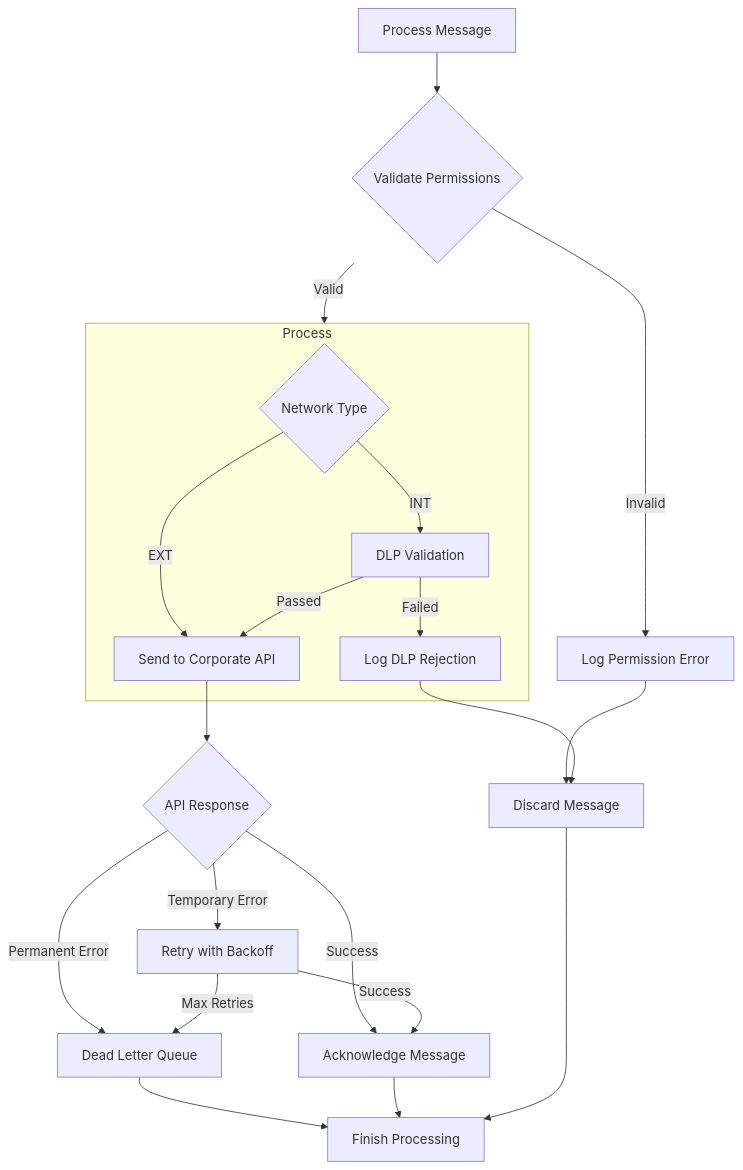
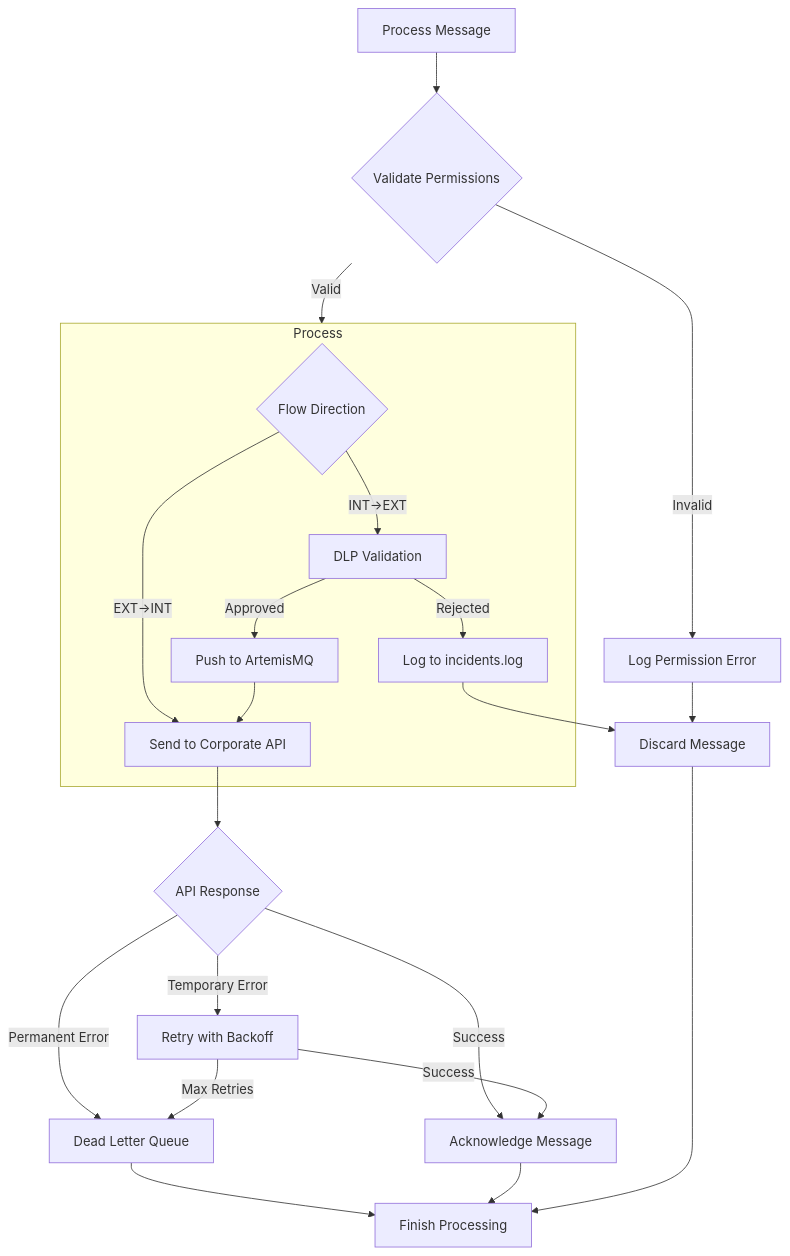
One commit to GusevVlad/smts changed the fourth of 4 diagrams in README.md. Above: the diagram before and after it, drawn with Mermaid. The commit also changed other lines of this file and 14 other files, not shown here.

````diff
--- a/README.md
+++ b/README.md
@@ -126,29 +152,30 @@
 ```mermaid
 flowchart TD
     Start[Process Message] --> Validate{Validate Permissions}
     Validate -->|Invalid| LogError[Log Permission Error]
     Validate -->|Valid| Process
     
     subgraph Process
-        Direction{Network Type}
-        Direction -->|EXT| SendAPI[Send to Corporate API]
-        Direction -->|INT| DLPCheck[DLP Validation]
+        Direction{Flow Direction}
+        Direction -->|EXT→INT| SendAPI[Send to Corporate API]
+        Direction -->|INT→EXT| DLPCheck[DLP Validation]
         
-        DLPCheck -->|Passed| SendAPI
-        DLPCheck -->|Failed| LogDLPError[Log DLP Rejection]
+        DLPCheck -->|Approved| SendArtemis[Push to ArtemisMQ]
+        DLPCheck -->|Rejected| LogDLPError[Log to incidents.log]
+        SendArtemis --> SendAPI
     end
 
     SendAPI --> APIResult{API Response}
     APIResult -->|Success| Ack[Acknowledge Message]
     APIResult -->|Temporary Error| Retry[Retry with Backoff]
     APIResult -->|Permanent Error| DeadLetter[Dead Letter Queue]
     
     Retry -->|Max Retries| DeadLetter
     Retry -->|Success| Ack
     
     LogError --> Discard[Discard Message]
     LogDLPError --> Discard
     DeadLetter --> Finish[Finish Processing]
     Ack --> Finish
     Discard --> Finish
 ```
````
